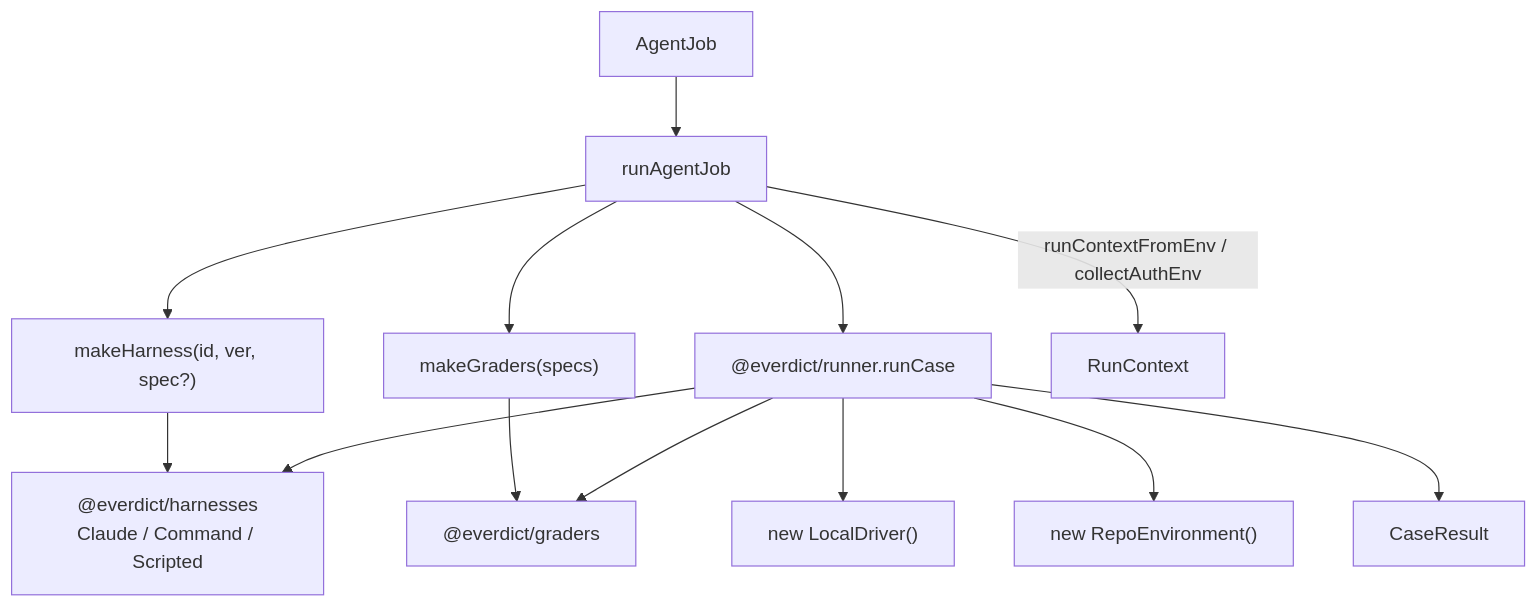
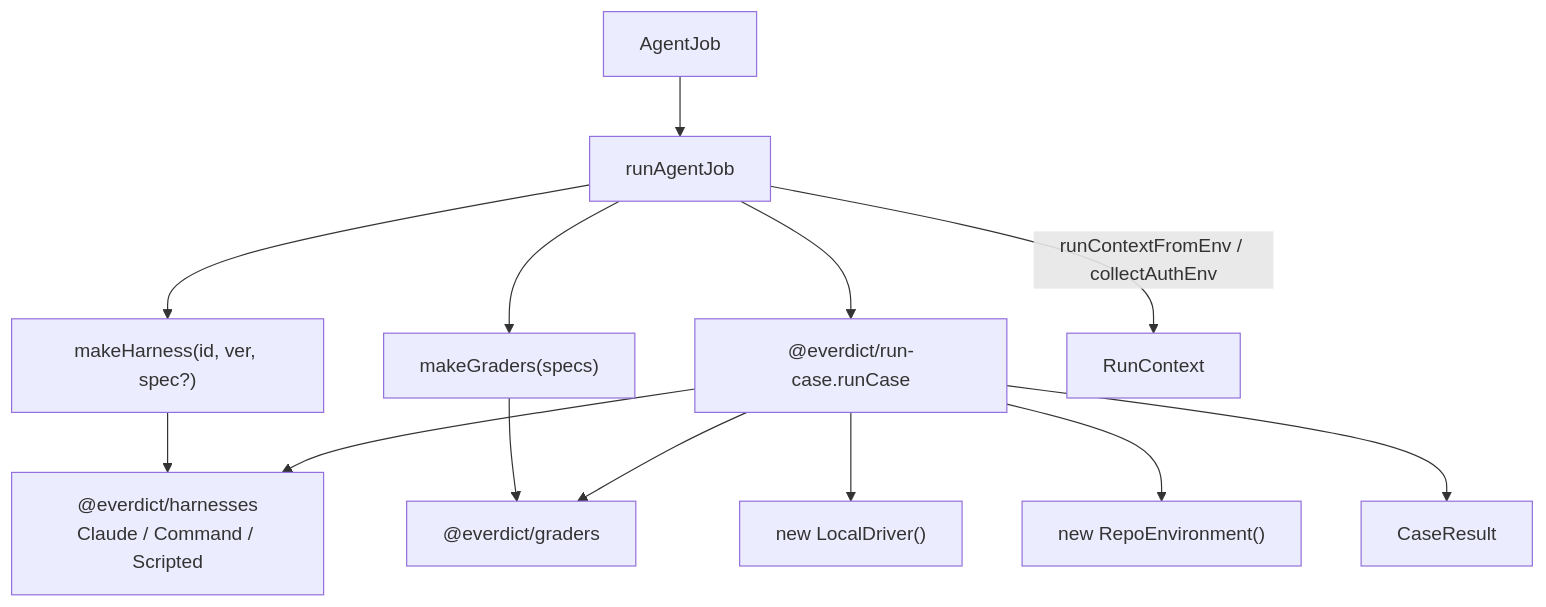
One commit to everdict/everdict changed diagram 11 of 24 in docs/architecture/collaboration.md. Above: the diagram before and after it, drawn with Mermaid. The commit also changed other lines of this file and 42 other files, not shown here.

First line of the commit message:
refactor: rename runner->run-case and runner-core->self-hosted-runner

````diff
--- a/docs/architecture/collaboration.md
+++ b/docs/architecture/collaboration.md
@@ -519,15 +519,15 @@
 ```mermaid
 flowchart TD
   job[AgentJob] --> runAgentJob
   runAgentJob --> makeHarness["makeHarness(id, ver, spec?)"]
   runAgentJob --> makeGraders["makeGraders(specs)"]
   makeHarness --> H["@everdict/harnesses<br/>Claude / Command / Scripted"]
   makeGraders --> G["@everdict/graders"]
-  runAgentJob --> runCase["@everdict/runner.runCase"]
+  runAgentJob --> runCase["@everdict/run-case.runCase"]
   runCase --> LD["new LocalDriver()"]
   runCase --> RE["new RepoEnvironment()"]
   runCase --> H
   runCase --> G
   runAgentJob -->|"runContextFromEnv / collectAuthEnv"| ctx[RunContext]
   runCase --> res[CaseResult]
 ```
````
